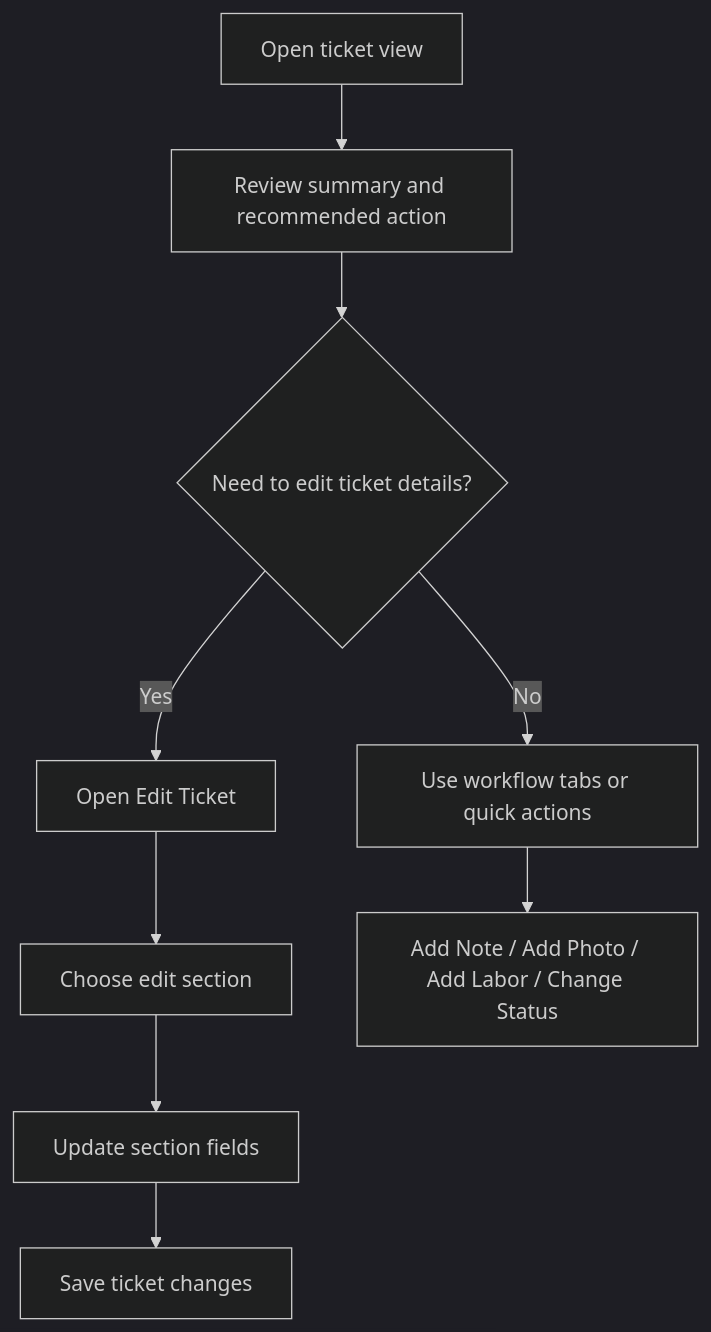
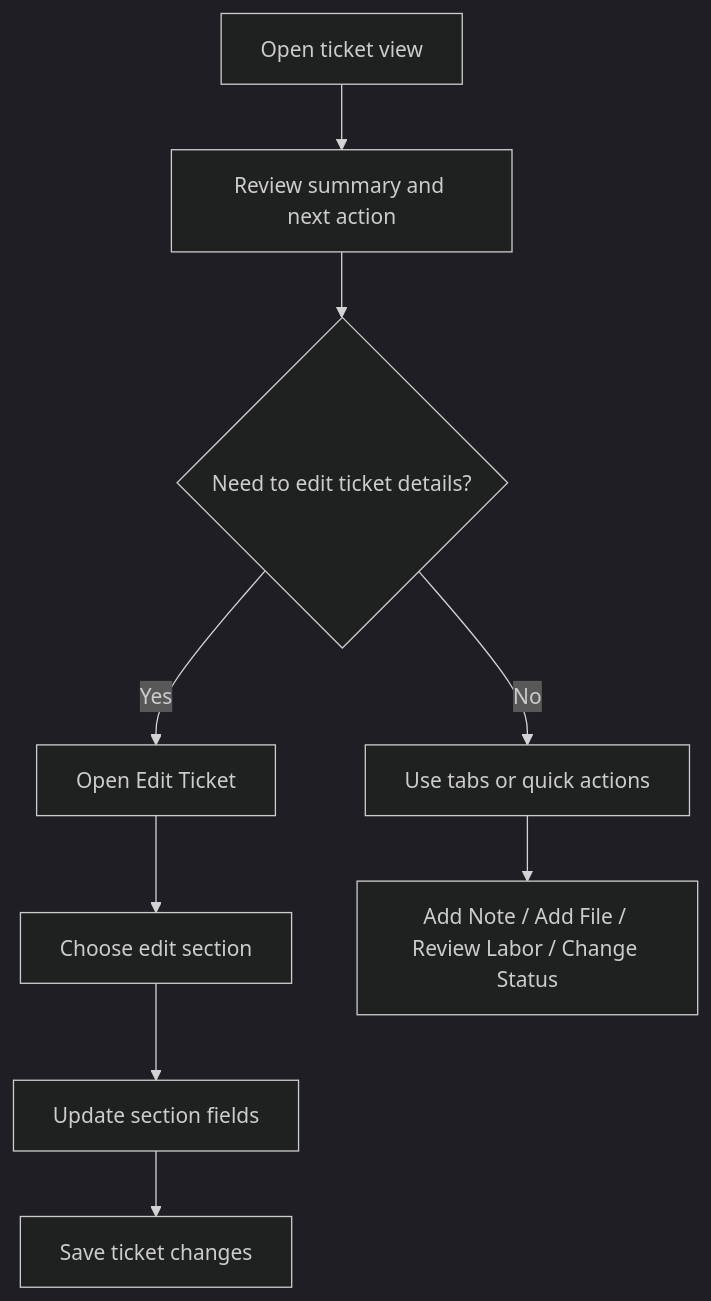
The second of 2 diagrams in frontend/public/docs/system-wiki.md (randalorian985/job-ticket-system), drawn with Mermaid (dark theme) before and after one commit. The commit also changed other lines of this file and 17 other files, not shown here.

````diff
--- a/frontend/public/docs/system-wiki.md
+++ b/frontend/public/docs/system-wiki.md
@@ -693,11 +694,11 @@
 ```mermaid
 flowchart TD
-  A["Open ticket view"] --> B["Review summary and recommended action"]
+  A["Open ticket view"] --> B["Review summary and next action"]
   B --> C{"Need to edit ticket details?"}
   C -->|Yes| D["Open Edit Ticket"]
   D --> E["Choose edit section"]
   E --> F["Update section fields"]
   F --> G["Save ticket changes"]
-  C -->|No| H["Use workflow tabs or quick actions"]
-  H --> I["Add Note / Add Photo / Add Labor / Change Status"]
+  C -->|No| H["Use tabs or quick actions"]
+  H --> I["Add Note / Add File / Review Labor / Change Status"]
 ```
````
